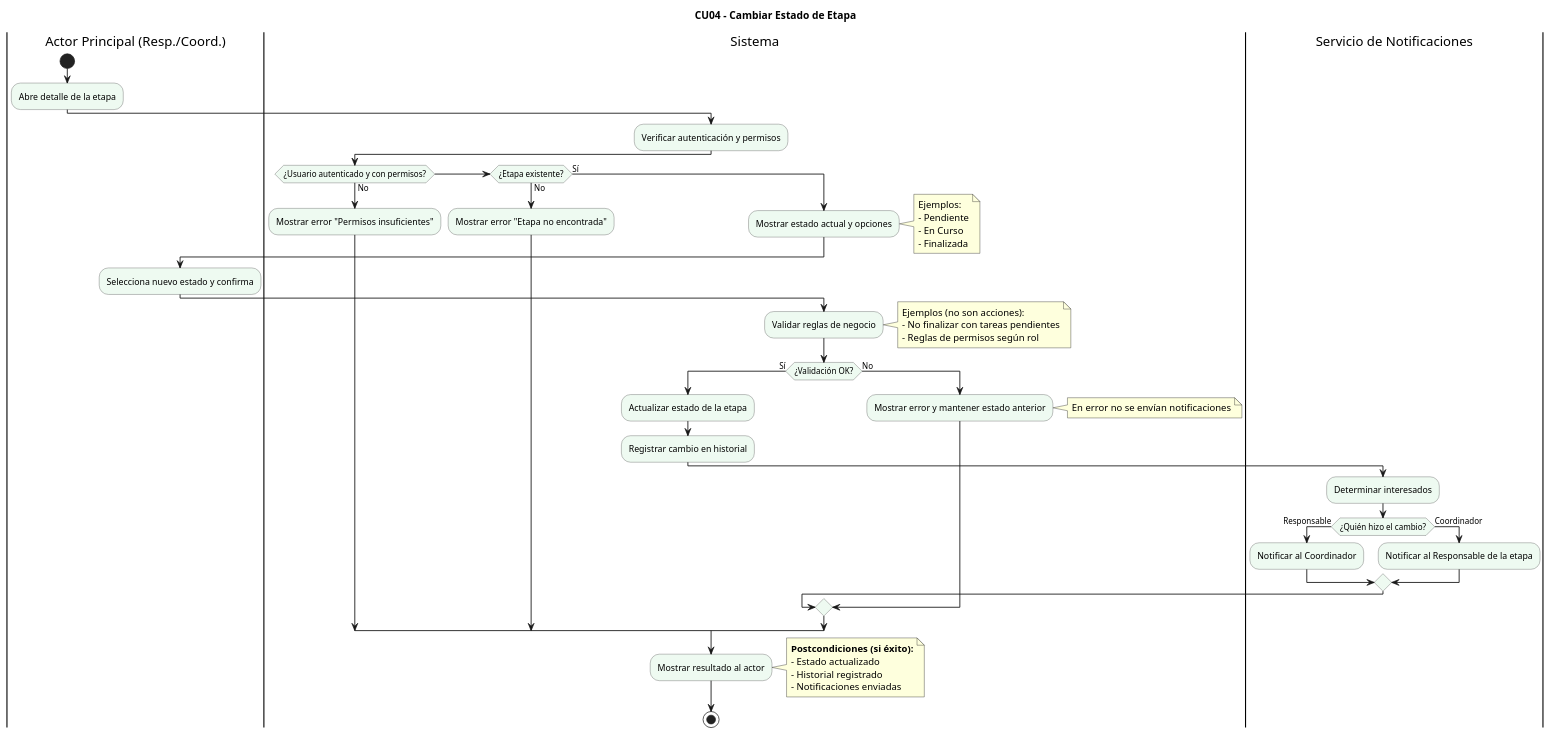
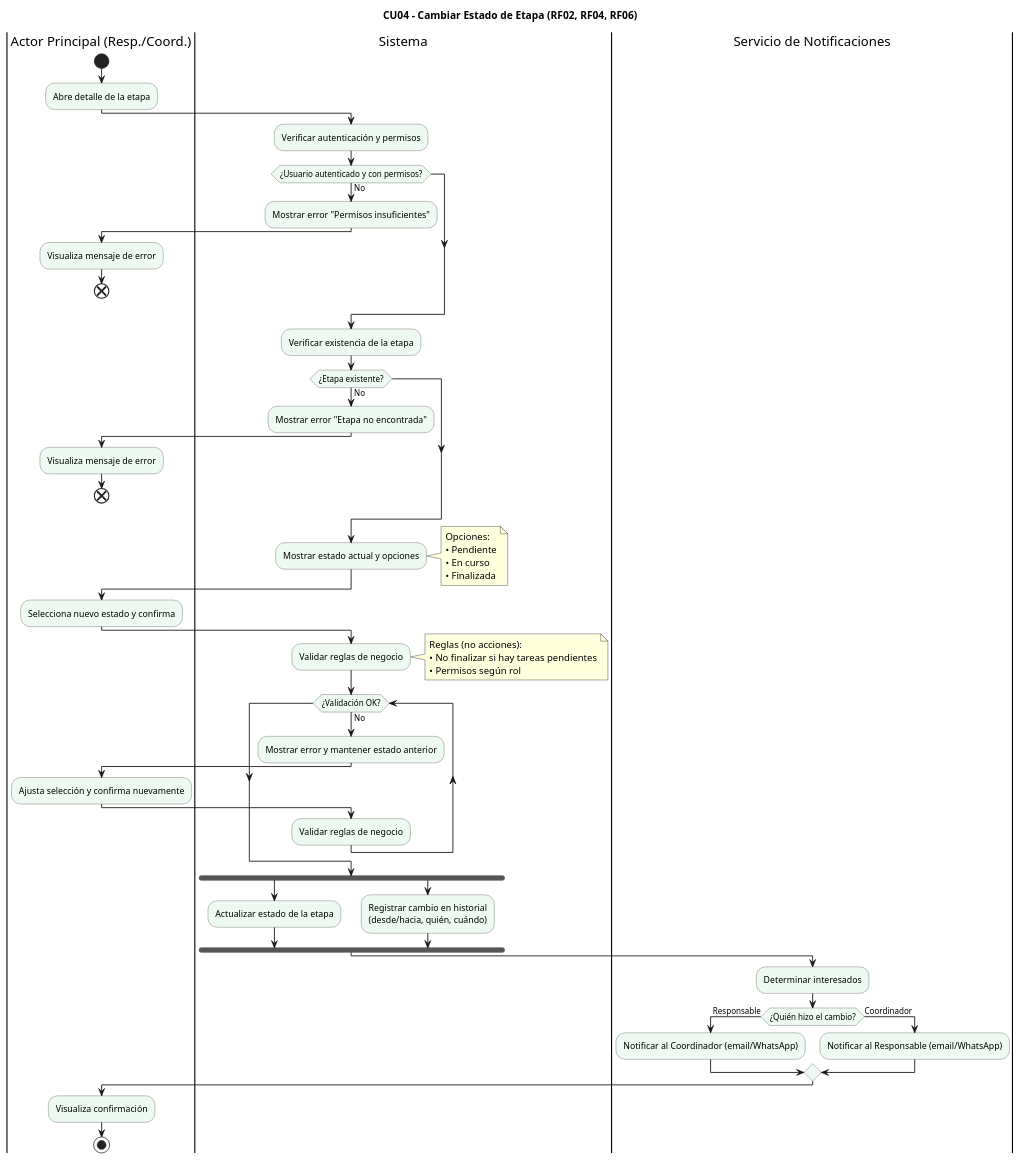
One commit to dantebiondi666-prog/SistemaProductoraVideos changed the diagram in diagramas/04-diagramas-actividades/04-actividad-cambiar-estado-etapa-04.puml. Above: the diagram before and after it, drawn with PlantUML. The commit also changed 2 other files, not shown here.

```diff
--- a/diagramas/04-diagramas-actividades/04-actividad-cambiar-estado-etapa-04.puml
+++ b/diagramas/04-diagramas-actividades/04-actividad-cambiar-estado-etapa-04.puml
@@ -1,70 +1,80 @@
 @startuml 04-actividad-cambiar-estado-etapa-04
-title CU04 – Cambiar Estado de Etapa
+title CU04 – Cambiar Estado de Etapa (RF02, RF04, RF06)
 
 skinparam activity {
   ArrowThickness 1.2
   BorderColor #555
   BackgroundColor #eefaf1
 }
 skinparam Shadowing false
 
 |Actor Principal (Resp./Coord.)|
 start
 :Abre detalle de la etapa;
 
 |Sistema|
 :Verificar autenticación y permisos;
 if (¿Usuario autenticado y con permisos?) then (No)
   :Mostrar error "Permisos insuficientes";
-elseif (¿Etapa existente?) then (No)
-  :Mostrar error "Etapa no encontrada";
-else (Sí)
-  :Mostrar estado actual y opciones;
-  note right
-    Ejemplos:
-    - Pendiente
-    - En Curso
-    - Finalizada
-  end note
-
   |Actor Principal (Resp./Coord.)|
-  :Selecciona nuevo estado y confirma;
-
-  |Sistema|
-  :Validar reglas de negocio;
-  note right
-    Ejemplos (no son acciones):
-    - No finalizar con tareas pendientes
-    - Reglas de permisos según rol
-  end note
-
-  if (¿Validación OK?) then (Sí)
-    :Actualizar estado de la etapa;
-    :Registrar cambio en historial;
-
-    |Servicio de Notificaciones|
-    :Determinar interesados;
-    if (¿Quién hizo el cambio?) then (Responsable)
-      :Notificar al Coordinador;
-    else (Coordinador)
-      :Notificar al Responsable de la etapa;
-    endif
-  else (No)
-    |Sistema|
-    :Mostrar error y mantener estado anterior;
-    note right
-      En error no se envían notificaciones
-    end note
-  endif
+  :Visualiza mensaje de error;
+  end
 endif
 
 |Sistema|
-:Mostrar resultado al actor;
+:Verificar existencia de la etapa;
+if (¿Etapa existente?) then (No)
+  :Mostrar error "Etapa no encontrada";
+  |Actor Principal (Resp./Coord.)|
+  :Visualiza mensaje de error;
+  end
+endif
+
+|Sistema|
+:Mostrar estado actual y opciones;
 note right
-  **Postcondiciones (si éxito):**
-  - Estado actualizado
-  - Historial registrado
-  - Notificaciones enviadas
+  Opciones:
+  • Pendiente
+  • En curso
+  • Finalizada
 end note
+
+|Actor Principal (Resp./Coord.)|
+:Selecciona nuevo estado y confirma;
+
+|Sistema|
+:Validar reglas de negocio;
+note right
+  Reglas (no acciones):
+  • No finalizar si hay tareas pendientes
+  • Permisos según rol
+end note
+
+while (¿Validación OK?) is (No)
+  :Mostrar error y mantener estado anterior;
+  |Actor Principal (Resp./Coord.)|
+  :Ajusta selección y confirma nuevamente;
+  |Sistema|
+  :Validar reglas de negocio;
+endwhile
+
+|Sistema|
+fork
+  :Actualizar estado de la etapa;
+fork again
+  :Registrar cambio en historial\n(desde/hacia, quién, cuándo);
+end fork
+
+|Servicio de Notificaciones|
+:Determinar interesados;
+if (¿Quién hizo el cambio?) then (Responsable)
+  :Notificar al Coordinador (email/WhatsApp);
+else (Coordinador)
+  :Notificar al Responsable (email/WhatsApp);
+endif
+
+|Actor Principal (Resp./Coord.)|
+:Visualiza confirmación;
+
 stop
 @enduml
```
